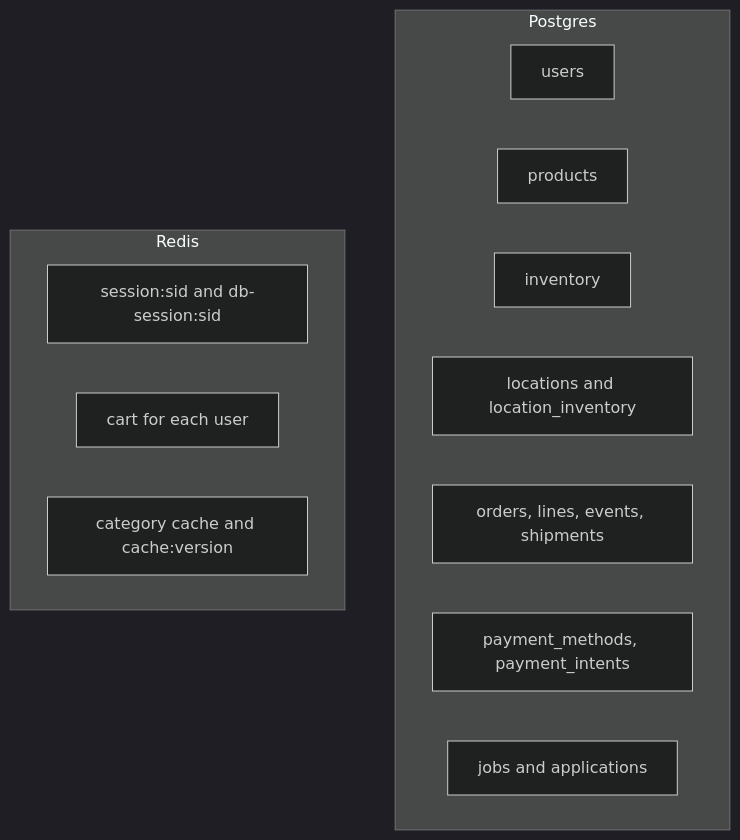
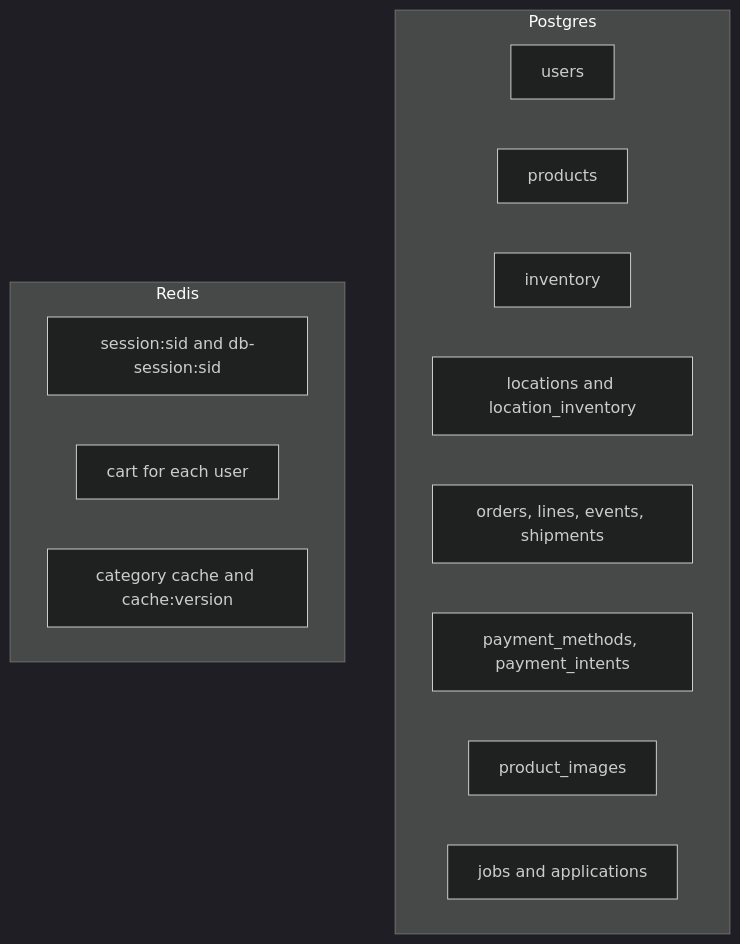
One commit to VinceBarresi/Marlow changed the third of 3 diagrams in ARCHITECTURE.md. Above: the diagram before and after it, drawn with Mermaid (dark theme). The commit also changed other lines of this file and 35 other files, not shown here.

First line of the commit message:
Add product images service with disk storage and catalog photos.

````diff
--- a/ARCHITECTURE.md
+++ b/ARCHITECTURE.md
@@ -96,17 +101,18 @@
 ```mermaid
 flowchart TB
   subgraph postgres ["Postgres"]
     users["users"]
     products["products"]
     warehouse["inventory"]
     stores["locations and location_inventory"]
     orders["orders, lines, events, shipments"]
     payments["payment_methods, payment_intents"]
+    productImages["product_images"]
     jobs["jobs and applications"]
   end
   subgraph redis ["Redis"]
     sessions["session:sid and db-session:sid"]
     carts["cart for each user"]
     cache["category cache and cache:version"]
   end
 ```
````
